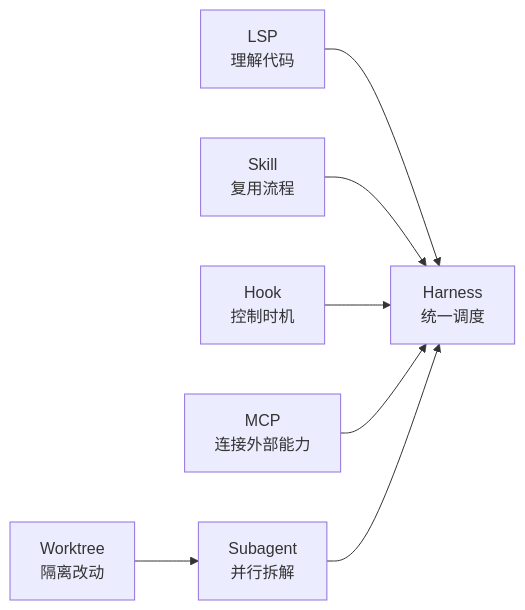
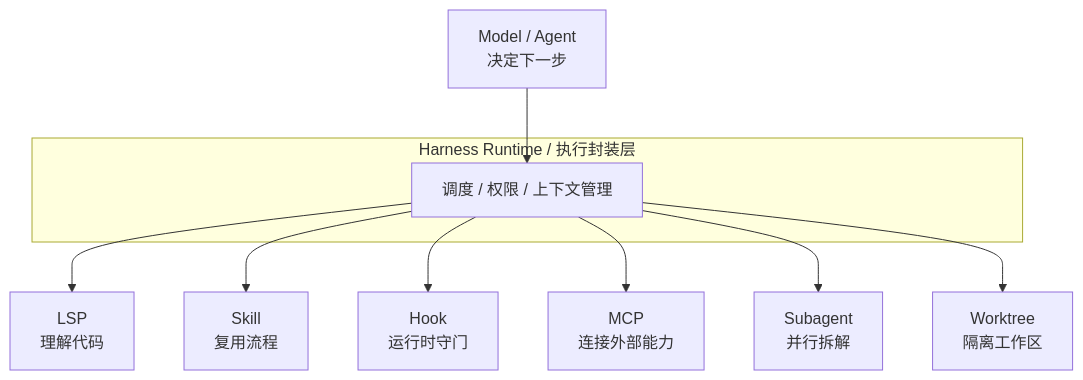
One commit to boycecong-hue/OCTOPUS-GAME-AI-SHARE changed the sixth of 8 diagrams in sections/02-terms.md. Above: the diagram before and after it, drawn with Mermaid. The commit also changed other lines of this file, not shown here.

Commit message:
docs: fix harness execution-layer framing

````diff
--- a/sections/02-terms.md
+++ b/sections/02-terms.md
@@ -267,9 +257,15 @@
 ```mermaid
-flowchart LR
-    L["LSP\n理解代码"] --> H["Harness\n统一调度"]
-    S["Skill\n复用流程"] --> H
-    HK["Hook\n控制时机"] --> H
-    M["MCP\n连接外部能力"] --> H
-    SA["Subagent\n并行拆解"] --> H
-    W["Worktree\n隔离改动"] --> SA
+flowchart TB
+    M["Model / Agent<br/>决定下一步"] --> O
+
+    subgraph H["Harness Runtime / 执行封装层"]
+        O["调度 / 权限 / 上下文管理"]
+    end
+
+    O --> L["LSP<br/>理解代码"]
+    O --> S["Skill<br/>复用流程"]
+    O --> HK["Hook<br/>运行时守门"]
+    O --> MCP["MCP<br/>连接外部能力"]
+    O --> SA["Subagent<br/>并行拆解"]
+    O --> W["Worktree<br/>隔离工作区"]
 ```
````
